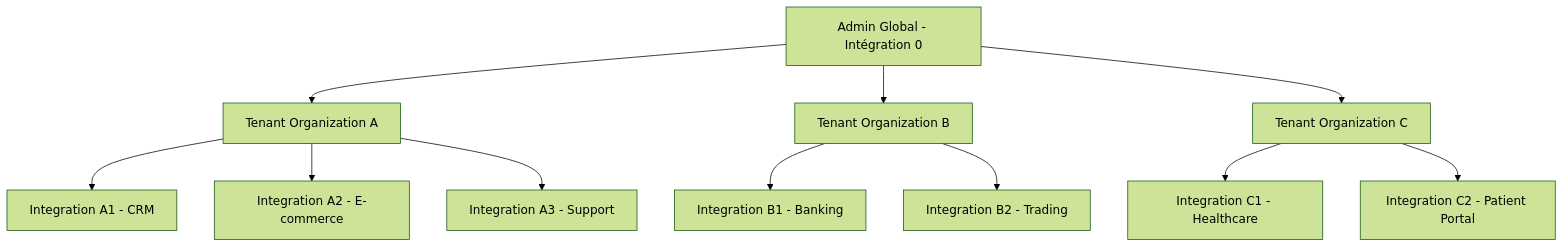
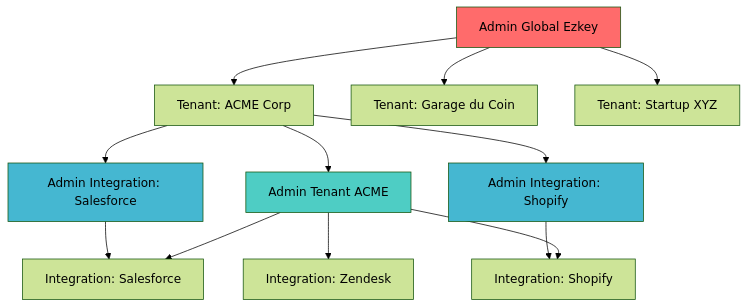
The first of 4 diagrams in docs/features/SECURITY_MULTI_TENANT.md (mgagp/ezkey), drawn with Mermaid (forest theme) before and after one commit. The commit also changed other lines of this file, not shown here.

First line of the commit message:
Update SECURITY_MULTI_TENANT documentation for Ezkey Admin API

````diff
--- a/docs/features/SECURITY_MULTI_TENANT.md
+++ b/docs/features/SECURITY_MULTI_TENANT.md
@@ -34,16 +36,22 @@
 ```mermaid
 graph TD
-    A[Admin Global - Intégration 0] --> B[Tenant Organization A]
-    A --> C[Tenant Organization B]
-    A --> D[Tenant Organization C]
+    A[Admin Global Ezkey] --> B[Tenant: ACME Corp]
+    A --> C[Tenant: Garage du Coin]
+    A --> D[Tenant: Startup XYZ]
     
-    B --> E[Integration A1 - CRM]
-    B --> F[Integration A2 - E-commerce]
-    B --> G[Integration A3 - Support]
+    B --> E[Admin Tenant ACME]
+    B --> F[Admin Integration: Salesforce]
+    B --> G[Admin Integration: Shopify]
     
-    C --> H[Integration B1 - Banking]
-    C --> I[Integration B2 - Trading]
+    E --> H[Integration: Salesforce]
+    E --> I[Integration: Shopify]
+    E --> J[Integration: Zendesk]
     
-    D --> J[Integration C1 - Healthcare]
-    D --> K[Integration C2 - Patient Portal]
+    F --> H
+    G --> I
+    
+    style A fill:#ff6b6b
+    style E fill:#4ecdc4
+    style F fill:#45b7d1
+    style G fill:#45b7d1
 ```
````
